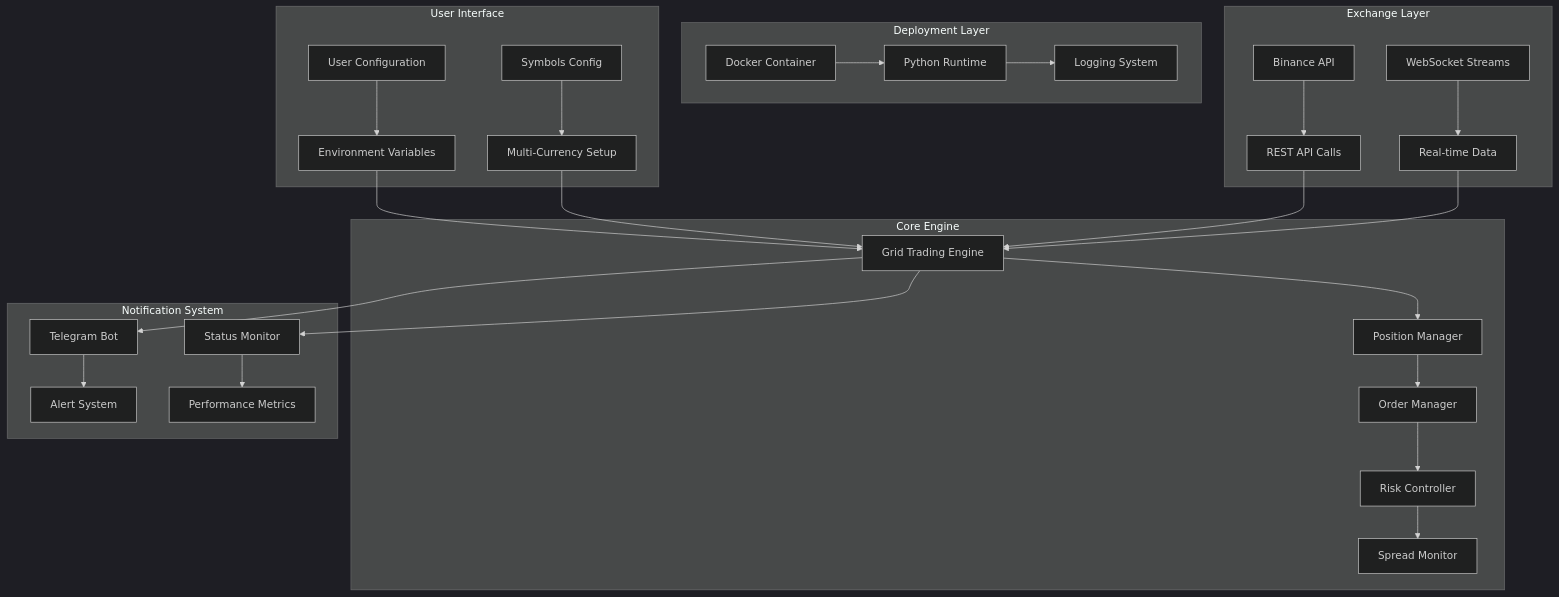
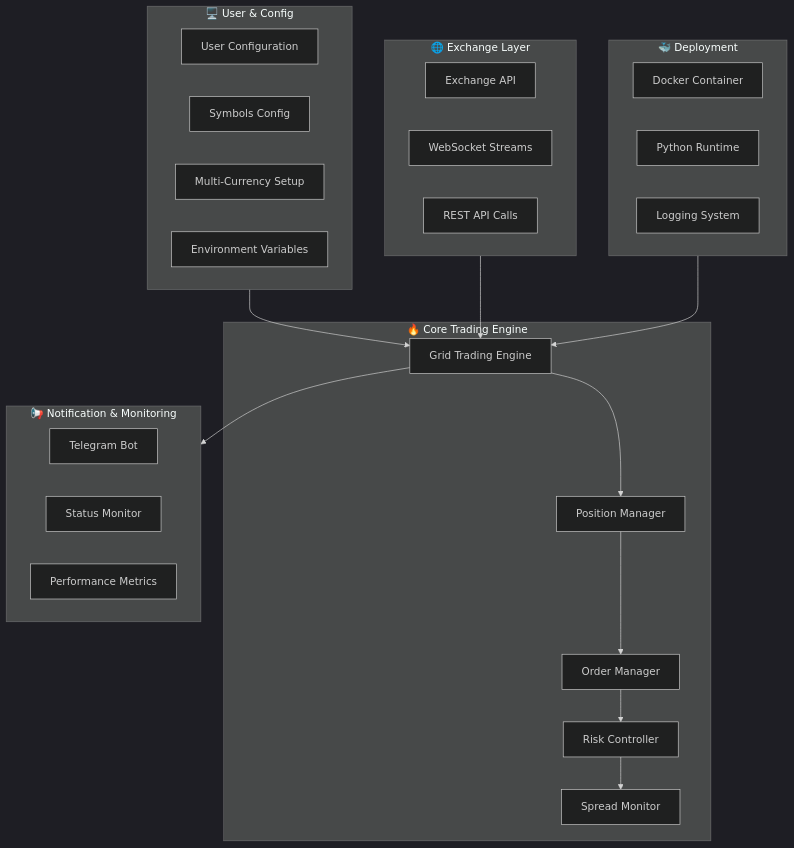
One commit to aoooeg/AS-Grid changed the first of 4 diagrams in README.md. Above: the diagram before and after it, drawn with Mermaid (dark theme). The commit also changed other lines of this file and 1 other file, not shown here.

Commit message:
Optimize Mermaid diagrams: improve readability and structure

````diff
--- a/README.md
+++ b/README.md
@@ -61,36 +61,42 @@
 ```mermaid
-graph TB
-    subgraph "User Interface"
-        A[User Configuration] --> B[Environment Variables]
-        C[Symbols Config] --> D[Multi-Currency Setup]
+flowchart TB
+    subgraph UI["🖥️ User & Config"]
+        A[User Configuration]
+        B[Symbols Config]
+        C[Multi-Currency Setup]
+        D[Environment Variables]
     end
-    
-    subgraph "Deployment Layer"
-        E[Docker Container] --> F[Python Runtime]
-        F --> G[Logging System]
+
+    subgraph Core["🔥 Core Trading Engine"]
+        E[Grid Trading Engine]
+        F[Position Manager]
+        G[Order Manager]
+        H[Risk Controller]
+        I[Spread Monitor]
     end
-    
-    subgraph "Exchange Layer"
-        H[Binance API] --> I[REST API Calls]
-        J[WebSocket Streams] --> K[Real-time Data]
+
+    subgraph Exchange["🌐 Exchange Layer"]
+        J[Exchange API]
+        K[WebSocket Streams]
+        L[REST API Calls]
     end
-    
-    subgraph "Core Engine"
-        L[Grid Trading Engine] --> M[Position Manager]
-        M --> N[Order Manager]
-        N --> O[Risk Controller]
-        O --> P[Spread Monitor]
+
+    subgraph Notify["📢 Notification & Monitoring"]
+        M[Telegram Bot]
+        N[Status Monitor]
+        O[Performance Metrics]
     end
-    
-    subgraph "Notification System"
-        Q[Telegram Bot] --> R[Alert System]
-        S[Status Monitor] --> T[Performance Metrics]
+
+    subgraph Deploy["🐳 Deployment"]
+        P[Docker Container]
+        Q[Python Runtime]
+        R[Logging System]
     end
-    
-    B --> L
-    D --> L
-    I --> L
-    K --> L
-    L --> Q
-    L --> S
+
+    %% Connections
+    UI --> E
+    Exchange --> E
+    E --> F --> G --> H --> I
+    E --> Notify
+    Deploy --> E
 ```
````
